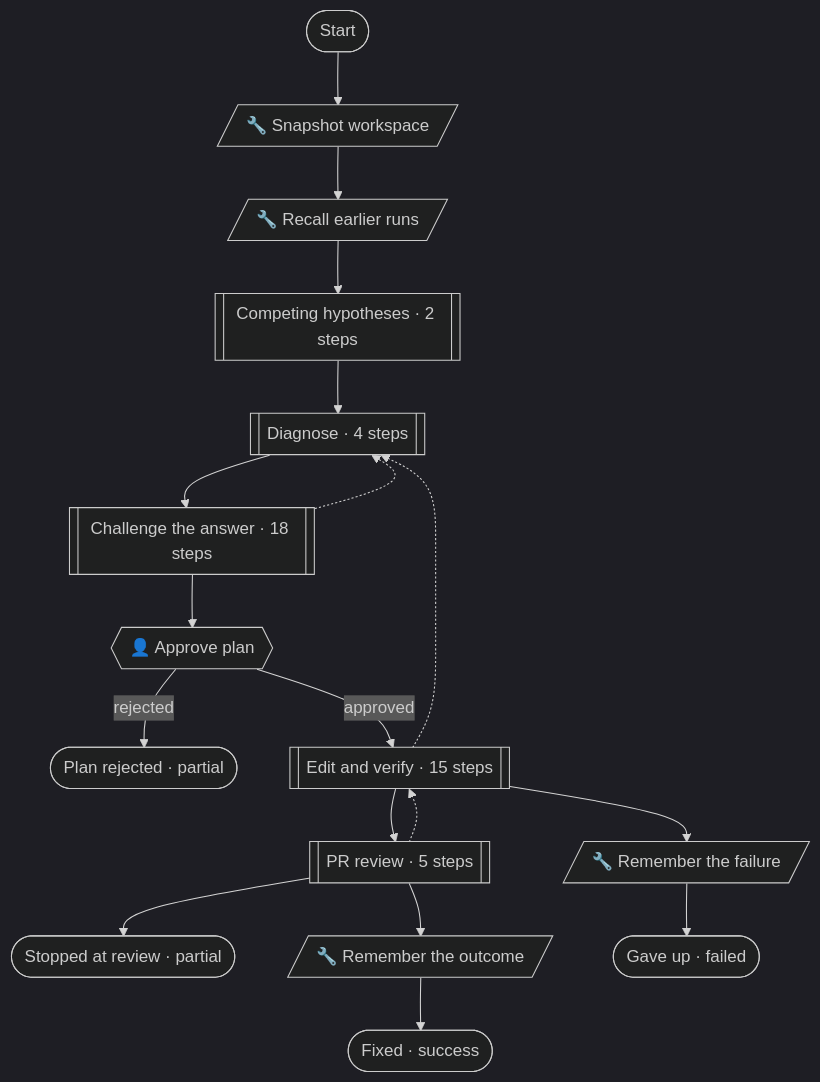
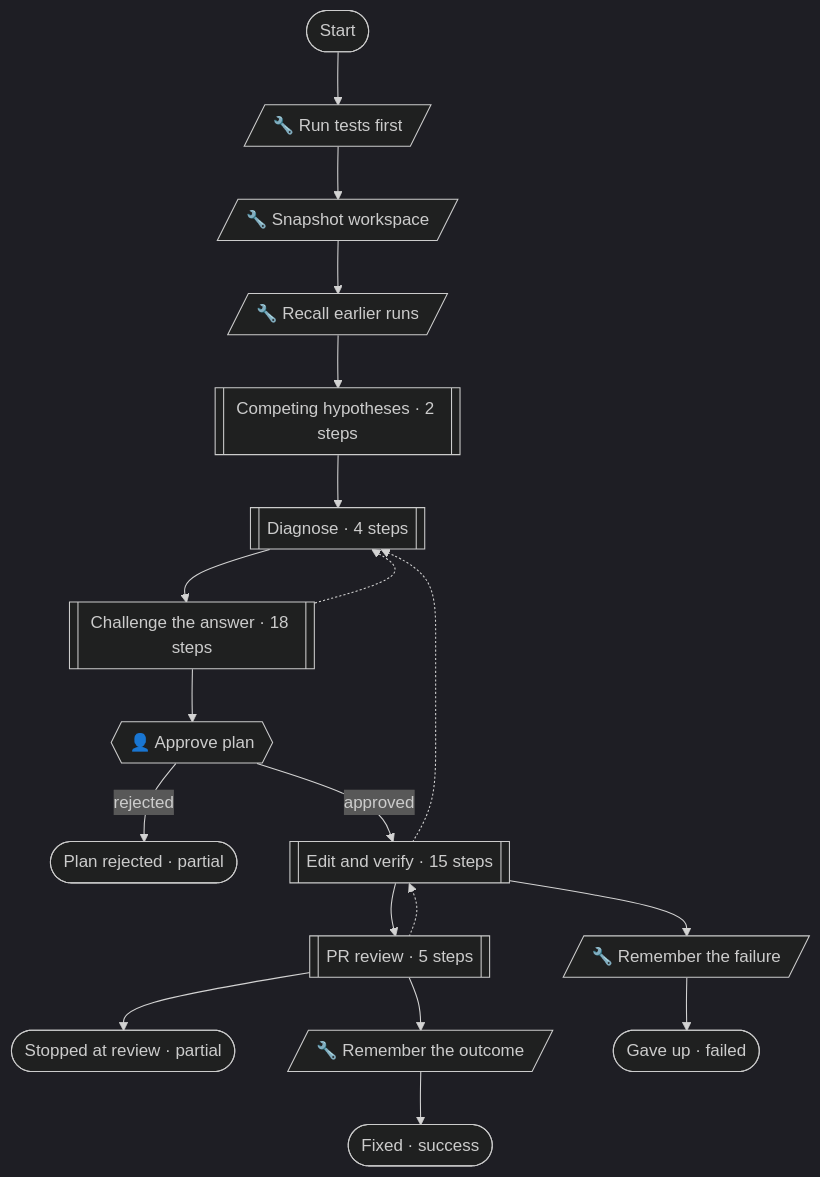
The second of 7 diagrams in docs/patterns.md (pirty6/symphony-core), drawn with Mermaid (dark theme) before and after one commit. The commit also changed 6 other files, not shown here.

First line of the commit message:
fix runs the tests first; every run uses the command the first one ran; check-config edits are flagged

````diff
--- a/docs/patterns.md
+++ b/docs/patterns.md
@@ -175,35 +175,37 @@
 ```mermaid
 flowchart TD
   n_start(["Start"])
+  n_baseline[/"🔧 Run tests first"/]
   n_snapshot[/"🔧 Snapshot workspace"/]
   n_recall[/"🔧 Recall earlier runs"/]
   n_approve{{"👤 Approve plan"}}
   n_reviewStopped(["Stopped at review · partial"])
   n_learnFixed[/"🔧 Remember the outcome"/]
   n_learnFailed[/"🔧 Remember the failure"/]
   n_fixed(["Fixed · success"])
   n_gaveUp(["Gave up · failed"])
   n_rejected(["Plan rejected · partial"])
   n_hypothesesPhase[["Competing hypotheses · 2 steps"]]
   n_diagnosePhase[["Diagnose · 4 steps"]]
   n_challengePhase[["Challenge the answer · 18 steps"]]
   n_editPhase[["Edit and verify · 15 steps"]]
   n_prReviewPhase[["PR review · 5 steps"]]
-  n_start --> n_snapshot
+  n_start --> n_baseline
+  n_baseline --> n_snapshot
   n_snapshot --> n_recall
   n_recall --> n_hypothesesPhase
   n_learnFixed --> n_fixed
   n_learnFailed --> n_gaveUp
   n_hypothesesPhase --> n_diagnosePhase
   n_diagnosePhase --> n_challengePhase
   n_challengePhase --> n_approve
   n_challengePhase -.-> n_diagnosePhase
   n_approve -->|"approved"| n_editPhase
   n_approve -->|"rejected"| n_rejected
   n_editPhase --> n_prReviewPhase
   n_editPhase --> n_learnFailed
   n_editPhase -.-> n_diagnosePhase
   n_prReviewPhase --> n_learnFixed
   n_prReviewPhase -.-> n_editPhase
   n_prReviewPhase --> n_reviewStopped
 ```
````
